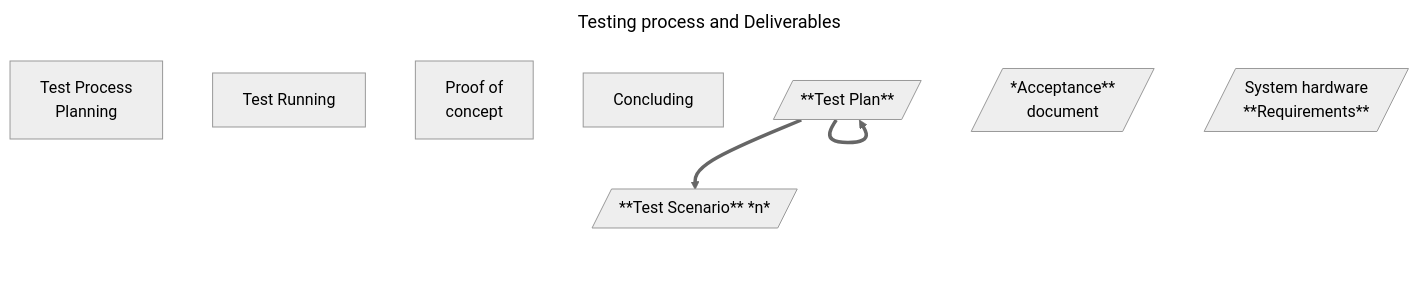
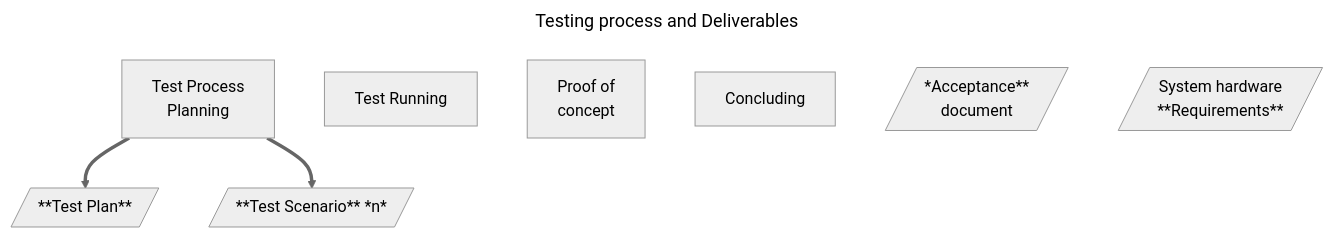
One commit to petre-renware/sdeven changed the second of 2 diagrams in doc_src/SDEVEN.25_SYTEST.md. Above: the diagram before and after it, drawn with Mermaid (neutral theme).

````diff
--- a/doc_src/SDEVEN.25_SYTEST.md
+++ b/doc_src/SDEVEN.25_SYTEST.md
@@ -200,20 +200,20 @@
 ```mermaid
 ---
 title: Testing process and Deliverables
 ---
 flowchart TD
     pln["Test Process \n Planning"]
     exec["Test Running"]
     poc["Proof of \n concept"]
     concl["Concluding"]
 
     tpln[/"**Test Plan**"/]
     tsce[/"**Test Scenario** *n*"/]
     pocdoc[/" *Acceptance** \n document"/]
     sysrq[/"System hardware \n **Requirements**"/]
 
 
-    tpln ==> tpln
-    tpln ==> tsce
+    pln ==> tpln
+    pln ==> tsce
 
 ```
````
